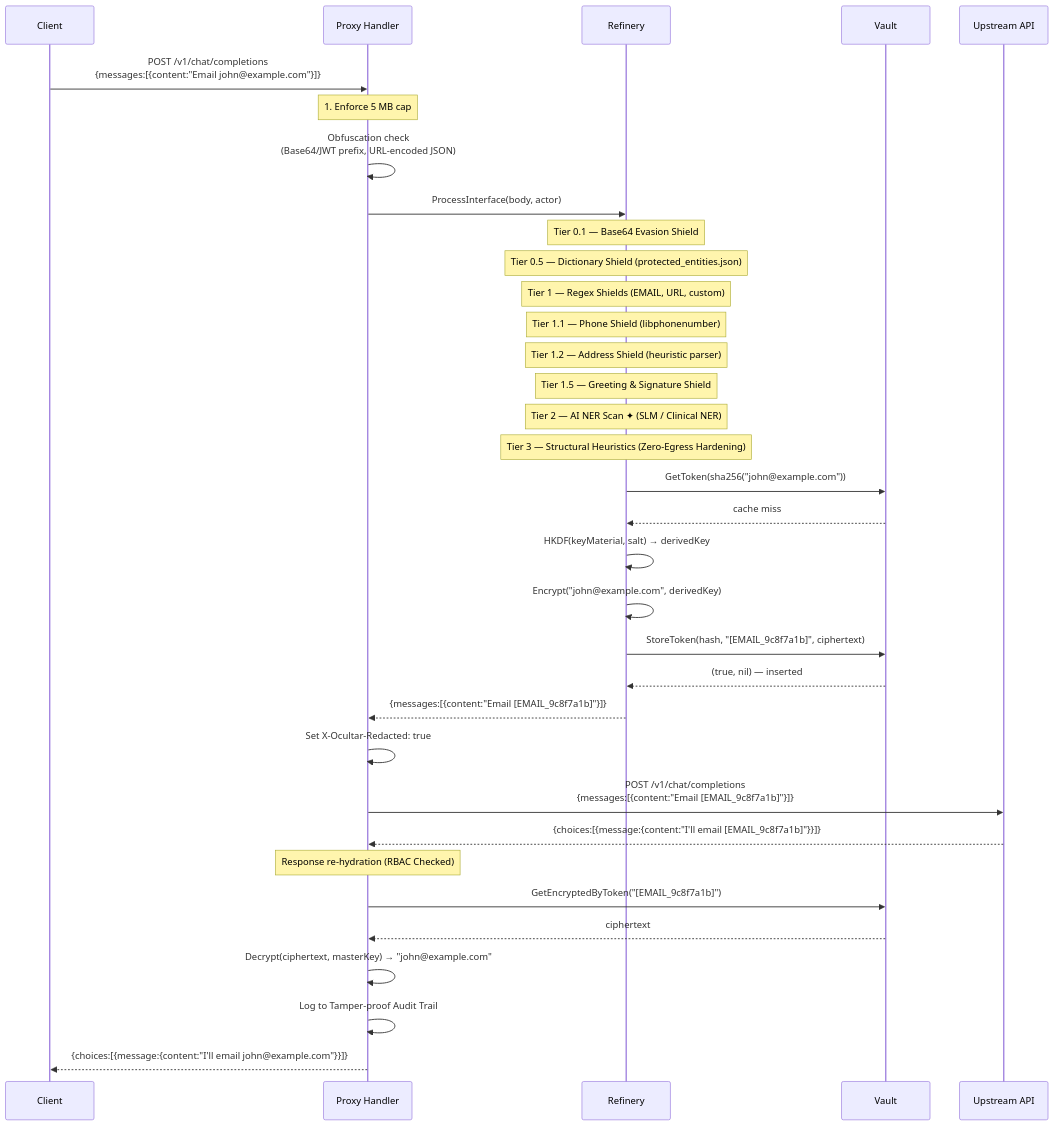
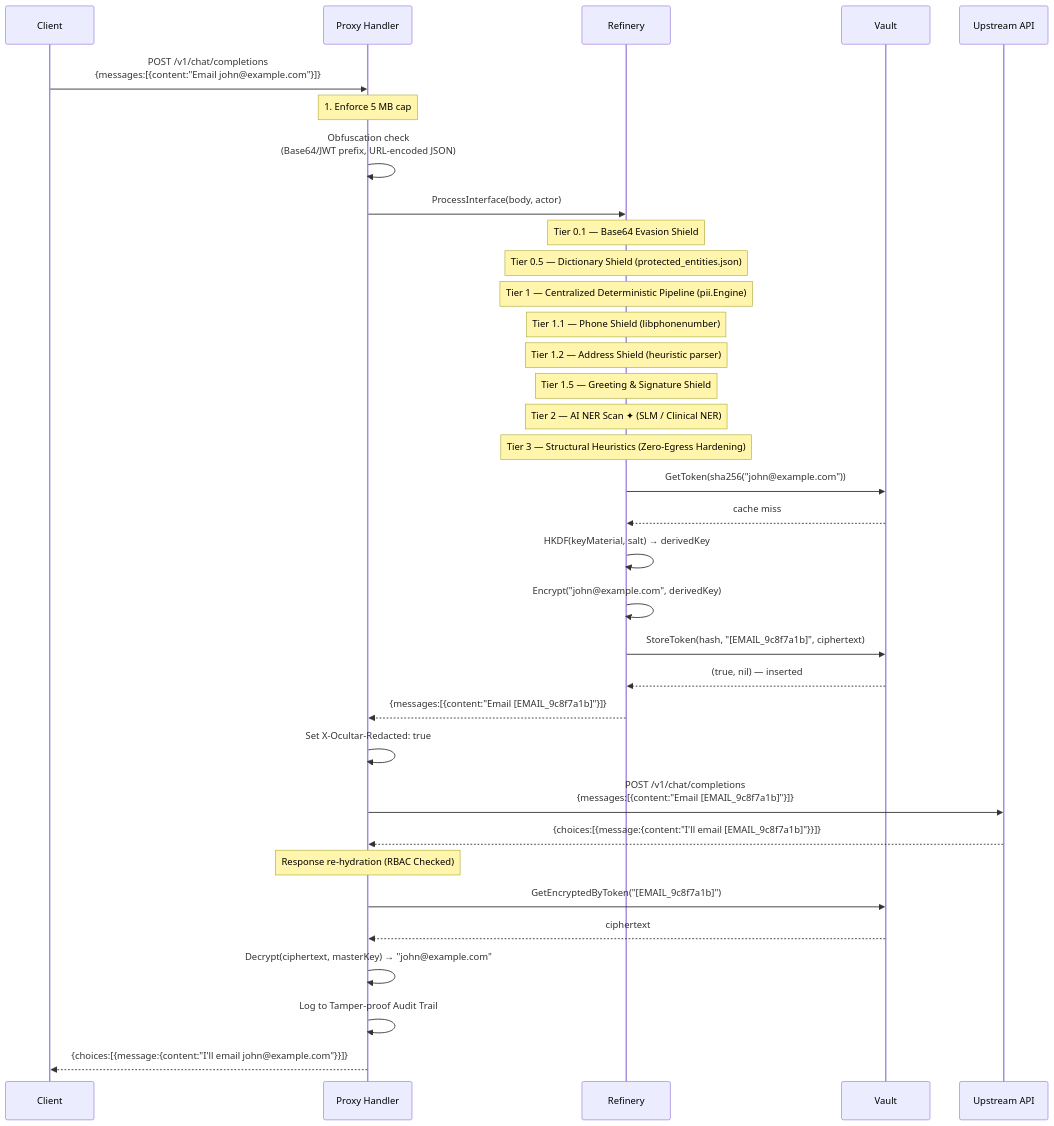
The third of 5 diagrams in docs/ARCHITECTURE.md (Edu963/ocultar), drawn with Mermaid before and after one commit. The commit also changed 21 other files, not shown here.

````diff
--- a/docs/ARCHITECTURE.md
+++ b/docs/ARCHITECTURE.md
@@ -101,45 +101,45 @@
 ```mermaid
 sequenceDiagram
     participant C as Client
     participant P as Proxy Handler
     participant E as Refinery
     participant V as Vault
     participant U as Upstream API
 
     C->>P: POST /v1/chat/completions<br/>{messages:[{content:"Email john@example.com"}]}
 
     Note over P: 1. Enforce 5 MB cap
     P->>P: Obfuscation check<br/>(Base64/JWT prefix, URL-encoded JSON)
 
     P->>E: ProcessInterface(body, actor)
 
     Note over E: Tier 0.1 — Base64 Evasion Shield
     Note over E: Tier 0.5 — Dictionary Shield (protected_entities.json)
-    Note over E: Tier 1 — Regex Shields (EMAIL, URL, custom)
+    Note over E: Tier 1 — Centralized Deterministic Pipeline (pii.Engine)
     Note over E: Tier 1.1 — Phone Shield (libphonenumber)
     Note over E: Tier 1.2 — Address Shield (heuristic parser)
     Note over E: Tier 1.5 — Greeting & Signature Shield
     Note over E: Tier 2 — AI NER Scan ✦ (SLM / Clinical NER)
     Note over E: Tier 3 — Structural Heuristics (Zero-Egress Hardening)
 
     E->>V: GetToken(sha256("john@example.com"))
     V-->>E: cache miss
     E->>E: HKDF(keyMaterial, salt) → derivedKey
     E->>E: Encrypt("john@example.com", derivedKey)
     E->>V: StoreToken(hash, "[EMAIL_9c8f7a1b]", ciphertext)
     V-->>E: (true, nil) — inserted
 
     E-->>P: {messages:[{content:"Email [EMAIL_9c8f7a1b]"}]}
 
     P->>P: Set X-Ocultar-Redacted: true
     P->>U: POST /v1/chat/completions<br/>{messages:[{content:"Email [EMAIL_9c8f7a1b]"}]}
     U-->>P: {choices:[{message:{content:"I'll email [EMAIL_9c8f7a1b]"}}]}
 
     Note over P: Response re-hydration (RBAC Checked)
     P->>V: GetEncryptedByToken("[EMAIL_9c8f7a1b]")
     V-->>P: ciphertext
     P->>P: Decrypt(ciphertext, masterKey) → "john@example.com"
     P->>P: Log to Tamper-proof Audit Trail
 
     P-->>C: {choices:[{message:{content:"I'll email john@example.com"}}]}
 ```
````
